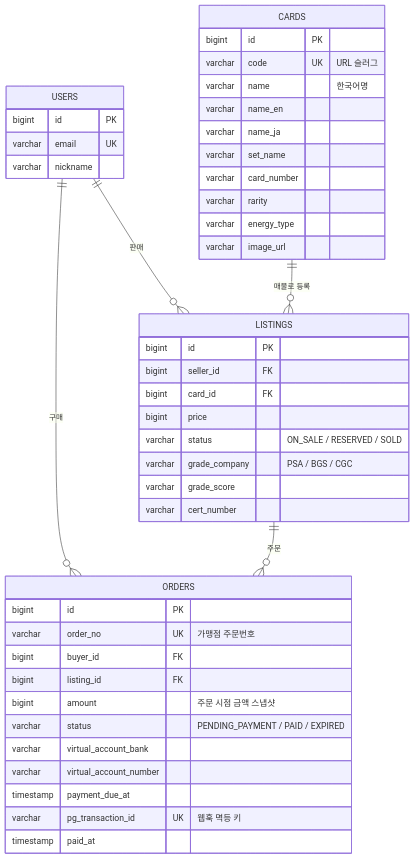
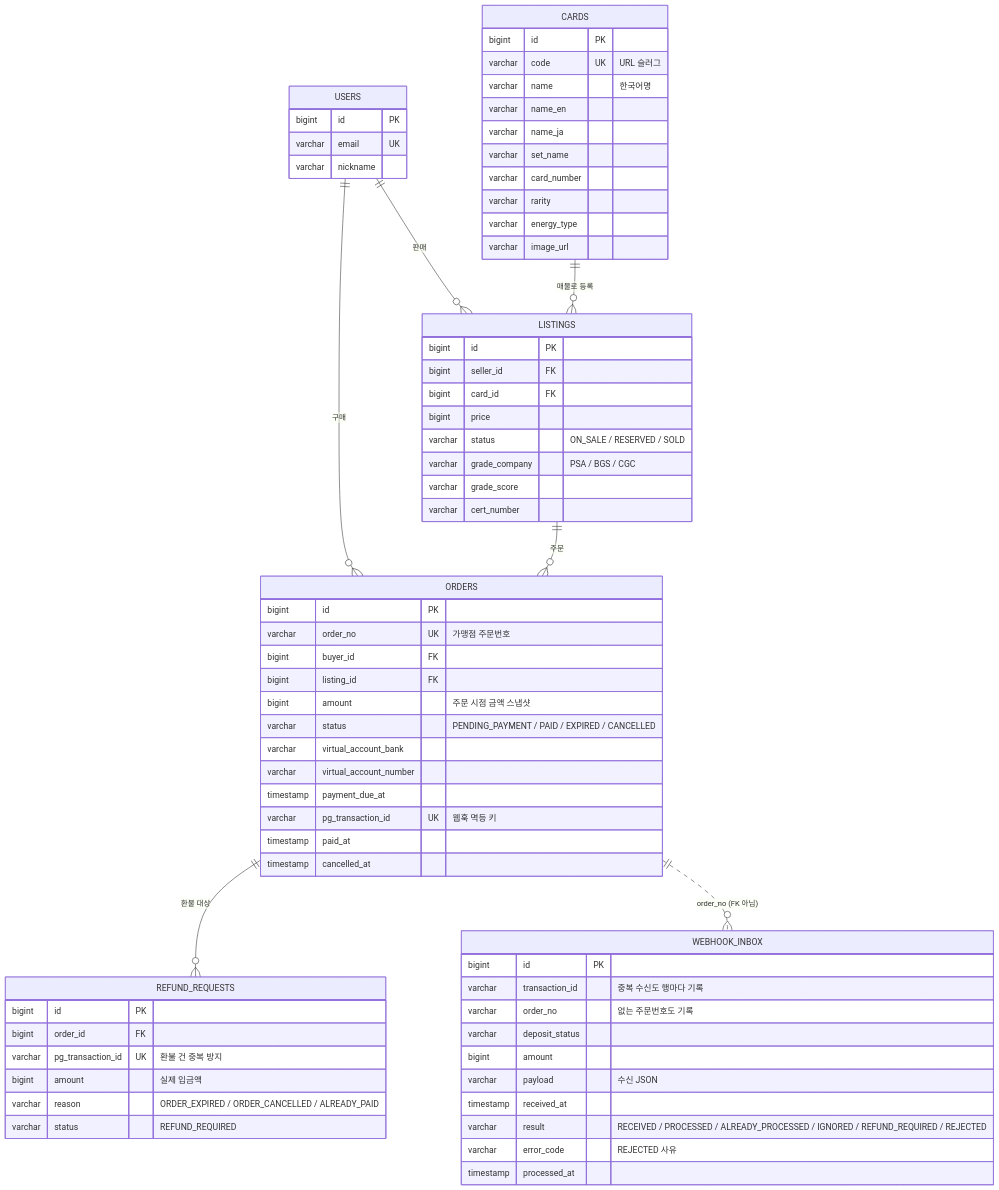
One commit to Dev-Gony/poketrade changed the fourth of 6 diagrams in README.md. Above: the diagram before and after it, drawn with Mermaid. The commit also changed other lines of this file and 32 other files, not shown here.

First line of the commit message:
Add webhook inbox, buyer cancel and refund-required tracking

````diff
--- a/README.md
+++ b/README.md
@@ -182,48 +195,71 @@
 ```mermaid
 erDiagram
     USERS ||--o{ LISTINGS : "판매"
     USERS ||--o{ ORDERS : "구매"
     CARDS ||--o{ LISTINGS : "매물로 등록"
     LISTINGS ||--o{ ORDERS : "주문"
+    ORDERS ||--o{ REFUND_REQUESTS : "환불 대상"
+    ORDERS ||..o{ WEBHOOK_INBOX : "order_no (FK 아님)"
 
     USERS {
         bigint id PK
         varchar email UK
         varchar nickname
     }
     CARDS {
         bigint id PK
         varchar code UK "URL 슬러그"
         varchar name "한국어명"
         varchar name_en
         varchar name_ja
         varchar set_name
         varchar card_number
         varchar rarity
         varchar energy_type
         varchar image_url
     }
     LISTINGS {
         bigint id PK
         bigint seller_id FK
         bigint card_id FK
         bigint price
         varchar status "ON_SALE / RESERVED / SOLD"
         varchar grade_company "PSA / BGS / CGC"
         varchar grade_score
         varchar cert_number
     }
     ORDERS {
         bigint id PK
         varchar order_no UK "가맹점 주문번호"
         bigint buyer_id FK
         bigint listing_id FK
         bigint amount "주문 시점 금액 스냅샷"
-        varchar status "PENDING_PAYMENT / PAID / EXPIRED"
+        varchar status "PENDING_PAYMENT / PAID / EXPIRED / CANCELLED"
         varchar virtual_account_bank
         varchar virtual_account_number
         timestamp payment_due_at
         varchar pg_transaction_id UK "웹훅 멱등 키"
         timestamp paid_at
+        timestamp cancelled_at
+    }
+    WEBHOOK_INBOX {
+        bigint id PK
+        varchar transaction_id "중복 수신도 행마다 기록"
+        varchar order_no "없는 주문번호도 기록"
+        varchar deposit_status
+        bigint amount
+        varchar payload "수신 JSON"
+        timestamp received_at
+        varchar result "RECEIVED / PROCESSED / ALREADY_PROCESSED / IGNORED / REFUND_REQUIRED / REJECTED"
+        varchar error_code "REJECTED 사유"
+        timestamp processed_at
+    }
+    REFUND_REQUESTS {
+        bigint id PK
+        bigint order_id FK
+        varchar pg_transaction_id UK "환불 건 중복 방지"
+        bigint amount "실제 입금액"
+        varchar reason "ORDER_EXPIRED / ORDER_CANCELLED / ALREADY_PAID"
+        varchar status "REFUND_REQUIRED"
     }
 ```
````
